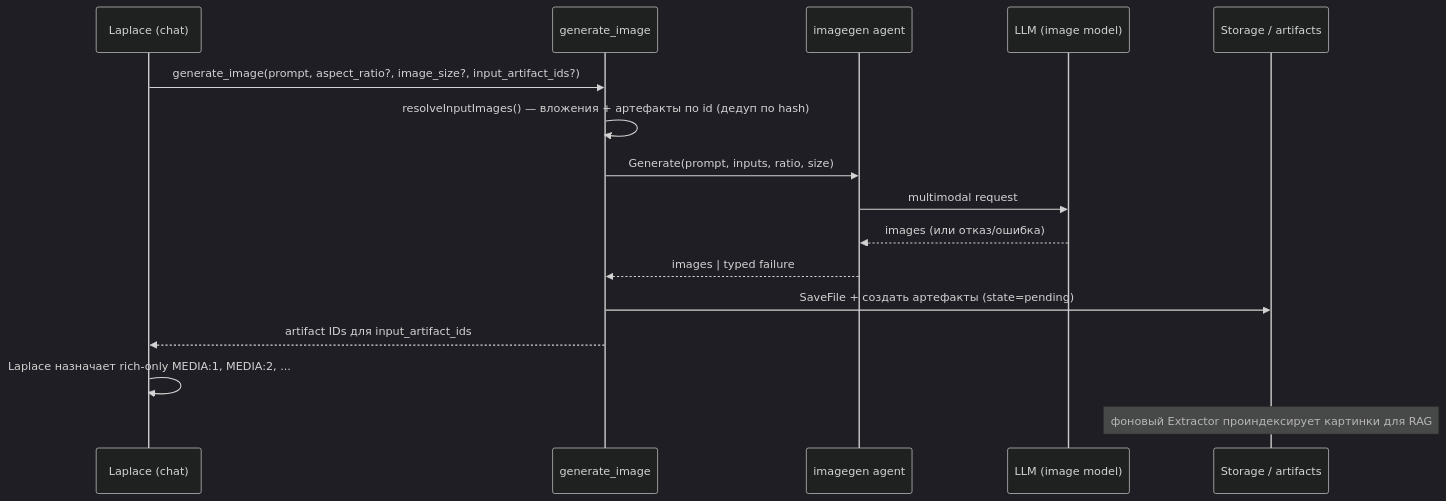
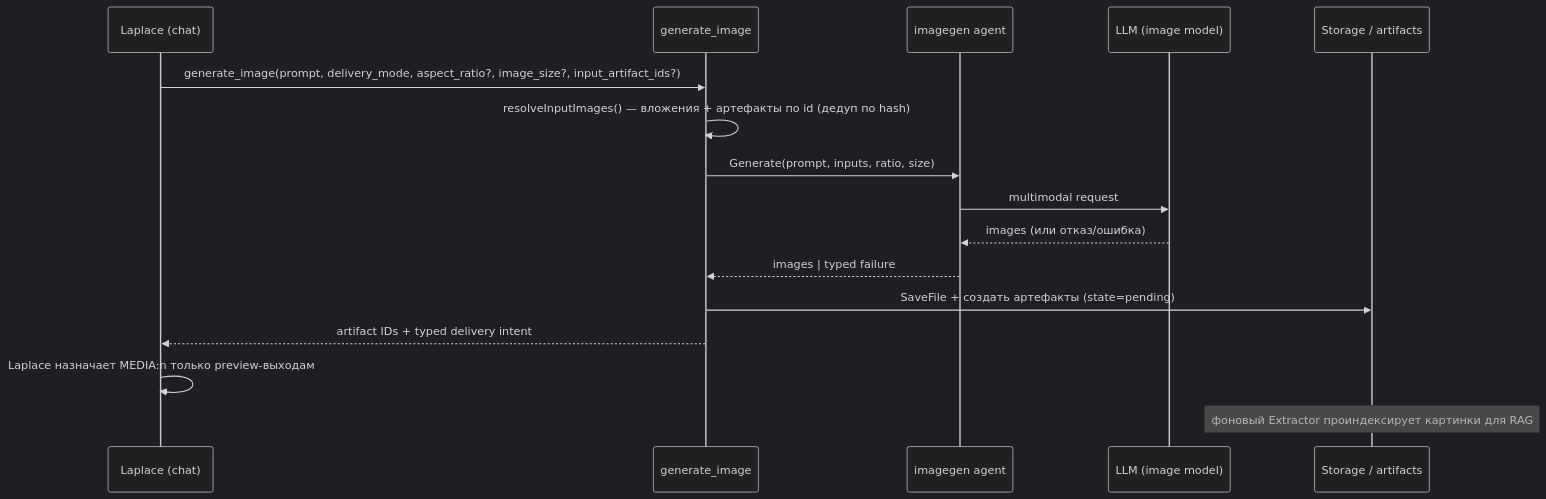
The diagram in docs/architecture/image-generation.md (runixer/laplaced), drawn with Mermaid (dark theme) before and after one commit. The commit also changed other lines of this file and 55 other files, not shown here.

Commit message:
Add private artifact delivery policy

````diff
--- a/docs/architecture/image-generation.md
+++ b/docs/architecture/image-generation.md
@@ -22,19 +22,19 @@
 ```mermaid
 sequenceDiagram
     participant LLM as Laplace (chat)
     participant Tool as generate_image
     participant IG as imagegen agent
     participant API as LLM (image model)
     participant ST as Storage / artifacts
 
-    LLM->>Tool: generate_image(prompt, aspect_ratio?, image_size?, input_artifact_ids?)
+    LLM->>Tool: generate_image(prompt, delivery_mode, aspect_ratio?, image_size?, input_artifact_ids?)
     Tool->>Tool: resolveInputImages() — вложения + артефакты по id (дедуп по hash)
     Tool->>IG: Generate(prompt, inputs, ratio, size)
     IG->>API: multimodal request
     API-->>IG: images (или отказ/ошибка)
     IG-->>Tool: images | typed failure
     Tool->>ST: SaveFile + создать артефакты (state=pending)
-    Tool-->>LLM: artifact IDs для input_artifact_ids
-    LLM->>LLM: Laplace назначает rich-only MEDIA:1, MEDIA:2, ...
+    Tool-->>LLM: artifact IDs + typed delivery intent
+    LLM->>LLM: Laplace назначает MEDIA:n только preview-выходам
     Note over ST: фоновый Extractor проиндексирует картинки для RAG
 ```
````
